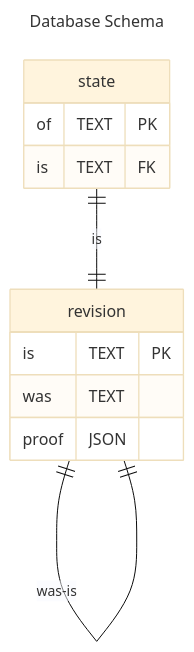
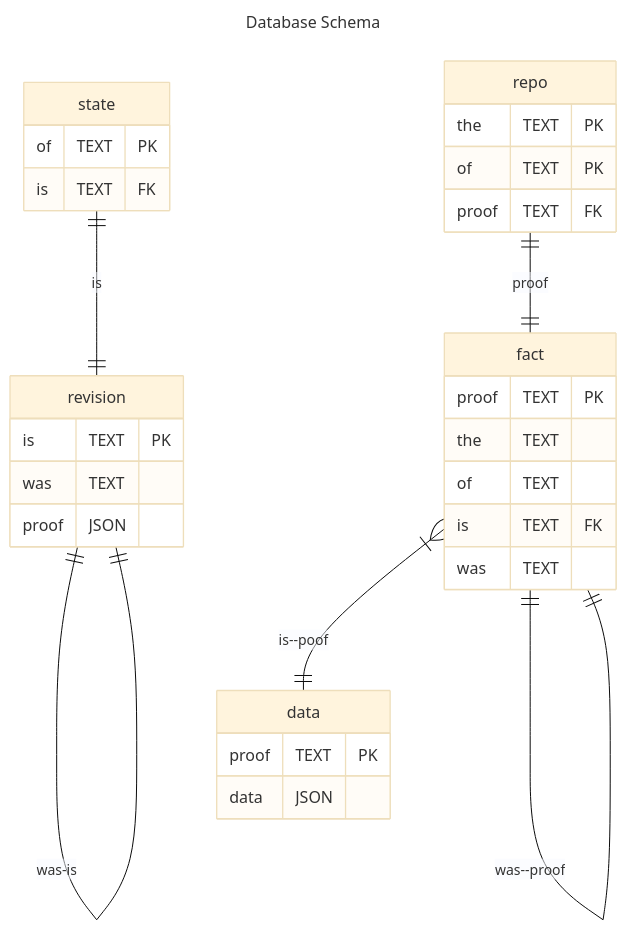
One commit to commontoolsinc/labs changed the diagram in typescript/packages/common-docs/tables.md. Above: the diagram before and after it, drawn with Mermaid (base theme). The commit also changed other lines of this file and 2 other files, not shown here.

````diff
--- a/typescript/packages/common-docs/tables.md
+++ b/typescript/packages/common-docs/tables.md
@@ -2,19 +2,43 @@
 ```mermaid
 ---
 title: Database Schema
 ---
 erDiagram
 revision {
   is    TEXT PK
   was   TEXT
   proof  JSON
 }
 
 state {
   of   TEXT PK
   is   TEXT FK
 }
 
 state ||--|| revision: is
 revision ||--|| revision: was-is
+
+
+fact {
+  proof  TEXT PK
+  the TEXT
+  of  TEXT
+  is  TEXT FK
+  was TEXT
+}
+
+repo {
+  the   TEXT  PK
+  of    TEXT  PK
+  proof  TEXT FK
+}
+
+data {
+  proof  TEXT PK
+  data  JSON
+}
+
+fact }|--|| data: is--poof
+repo ||--|| fact: proof
+fact ||--|| fact: was--proof
 ```
````
